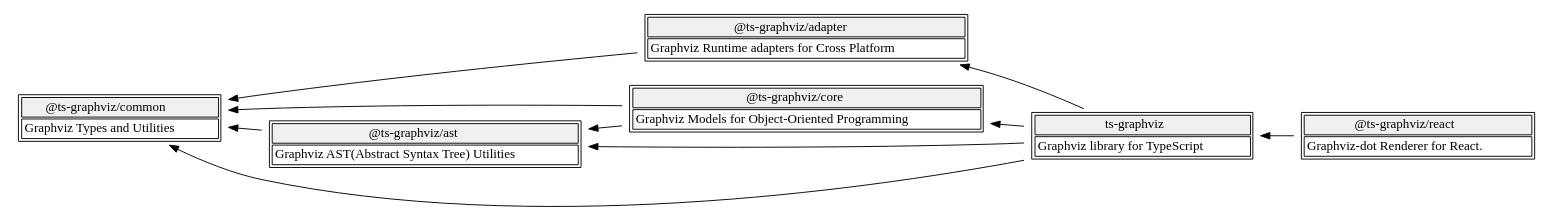
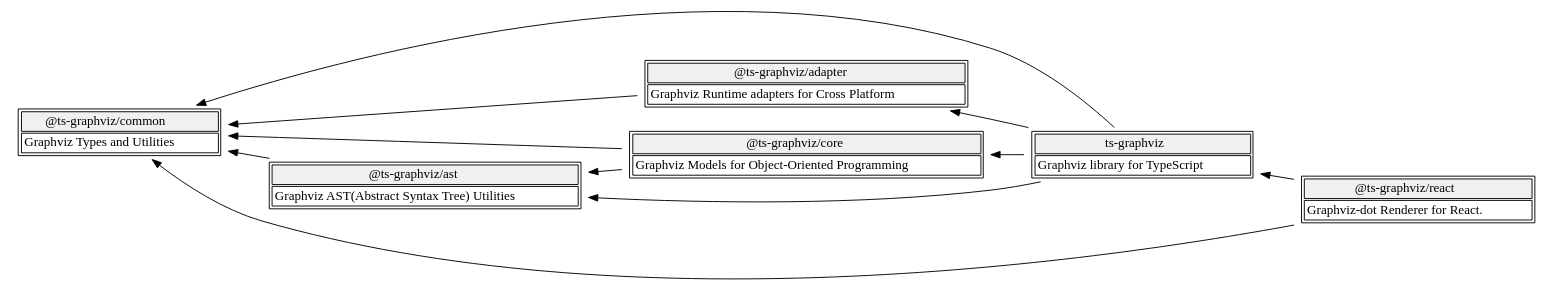
One commit to ts-graphviz/ts-graphviz changed the diagram in media/dependency-graph.dot. Above: the diagram before and after it, drawn with Graphviz. The commit also changed 171 other files, not shown here.

First line of the commit message:
Refactor @ts-graphviz/react and @ts-graphviz/common (#992)

```diff
--- a/media/dependency-graph.dot
+++ b/media/dependency-graph.dot
@@ -1,43 +1,44 @@
 digraph "dependency_graph" {
   newrank = true;
   rankdir = "LR";
   edge [
     dir = "back";
   ];
   node [
     shape = "none";
   ];
   "@ts-graphviz/adapter" [
-    label = <<TABLE><TR><TD PORT="name" BGCOLOR="#f0f0f0" ALIGN="CENTER">@ts-graphviz/adapter</TD></TR><TR><TD PORT="description" ALIGN="CENTER">Graphviz Runtime adapters for Cross Platform</TD></TR></TABLE>>;
+    label = <<table><tr><td port="name" bgcolor="#f0f0f0" align="CENTER">@ts-graphviz/adapter</td></tr><tr><td port="description" align="CENTER">Graphviz Runtime adapters for Cross Platform</td></tr></table>>;
     URL = "https://www.npmjs.com/package/@ts-graphviz/adapter";
   ];
   "@ts-graphviz/ast" [
-    label = <<TABLE><TR><TD PORT="name" BGCOLOR="#f0f0f0" ALIGN="CENTER">@ts-graphviz/ast</TD></TR><TR><TD PORT="description" ALIGN="CENTER">Graphviz AST(Abstract Syntax Tree) Utilities</TD></TR></TABLE>>;
+    label = <<table><tr><td port="name" bgcolor="#f0f0f0" align="CENTER">@ts-graphviz/ast</td></tr><tr><td port="description" align="CENTER">Graphviz AST(Abstract Syntax Tree) Utilities</td></tr></table>>;
     URL = "https://www.npmjs.com/package/@ts-graphviz/ast";
   ];
   "@ts-graphviz/common" [
-    label = <<TABLE><TR><TD PORT="name" BGCOLOR="#f0f0f0" ALIGN="CENTER">@ts-graphviz/common</TD></TR><TR><TD PORT="description" ALIGN="CENTER">Graphviz Types and Utilities</TD></TR></TABLE>>;
+    label = <<table><tr><td port="name" bgcolor="#f0f0f0" align="CENTER">@ts-graphviz/common</td></tr><tr><td port="description" align="CENTER">Graphviz Types and Utilities</td></tr></table>>;
     URL = "https://www.npmjs.com/package/@ts-graphviz/common";
   ];
   "@ts-graphviz/core" [
-    label = <<TABLE><TR><TD PORT="name" BGCOLOR="#f0f0f0" ALIGN="CENTER">@ts-graphviz/core</TD></TR><TR><TD PORT="description" ALIGN="CENTER">Graphviz Models for Object-Oriented Programming</TD></TR></TABLE>>;
+    label = <<table><tr><td port="name" bgcolor="#f0f0f0" align="CENTER">@ts-graphviz/core</td></tr><tr><td port="description" align="CENTER">Graphviz Models for Object-Oriented Programming</td></tr></table>>;
     URL = "https://www.npmjs.com/package/@ts-graphviz/core";
   ];
   "@ts-graphviz/react" [
-    label = <<TABLE><TR><TD PORT="name" BGCOLOR="#f0f0f0" ALIGN="CENTER">@ts-graphviz/react</TD></TR><TR><TD PORT="description" ALIGN="CENTER">Graphviz-dot Renderer for React.</TD></TR></TABLE>>;
+    label = <<table><tr><td port="name" bgcolor="#f0f0f0" align="CENTER">@ts-graphviz/react</td></tr><tr><td port="description" align="CENTER">Graphviz-dot Renderer for React.</td></tr></table>>;
     URL = "https://www.npmjs.com/package/@ts-graphviz/react";
   ];
   "ts-graphviz" [
-    label = <<TABLE><TR><TD PORT="name" BGCOLOR="#f0f0f0" ALIGN="CENTER">ts-graphviz</TD></TR><TR><TD PORT="description" ALIGN="CENTER">Graphviz library for TypeScript</TD></TR></TABLE>>;
+    label = <<table><tr><td port="name" bgcolor="#f0f0f0" align="CENTER">ts-graphviz</td></tr><tr><td port="description" align="CENTER">Graphviz library for TypeScript</td></tr></table>>;
     URL = "https://www.npmjs.com/package/ts-graphviz";
   ];
   "@ts-graphviz/common" -> "@ts-graphviz/adapter";
   "@ts-graphviz/common" -> "@ts-graphviz/ast";
   "@ts-graphviz/ast" -> "@ts-graphviz/core";
   "@ts-graphviz/common" -> "@ts-graphviz/core";
+  "@ts-graphviz/common" -> "@ts-graphviz/react";
   "ts-graphviz" -> "@ts-graphviz/react";
   "@ts-graphviz/adapter" -> "ts-graphviz";
   "@ts-graphviz/ast" -> "ts-graphviz";
   "@ts-graphviz/common" -> "ts-graphviz";
   "@ts-graphviz/core" -> "ts-graphviz";
 }
```
